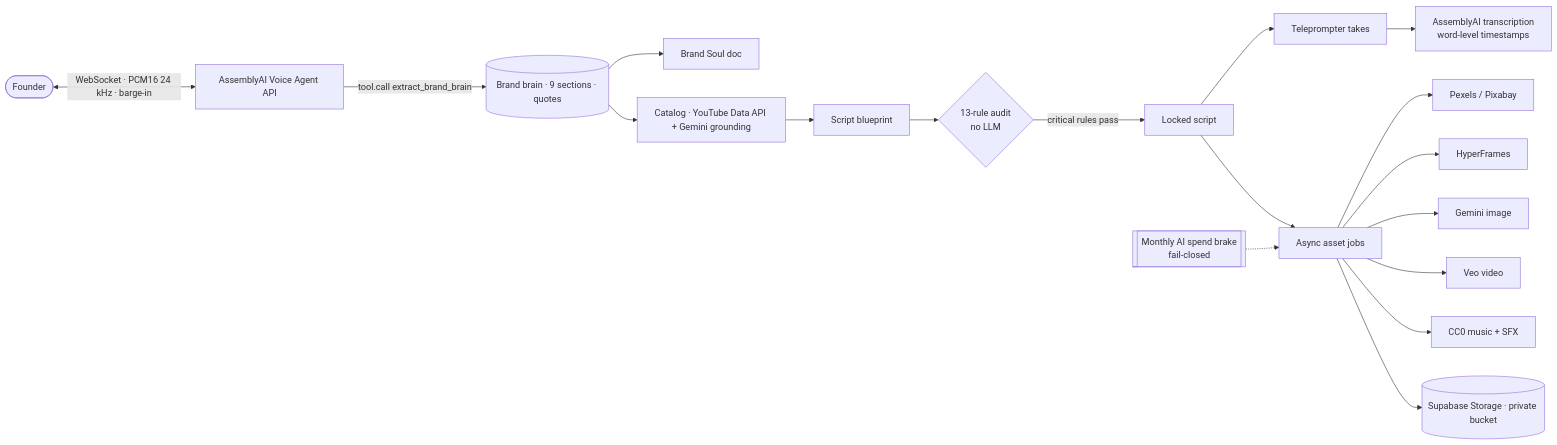
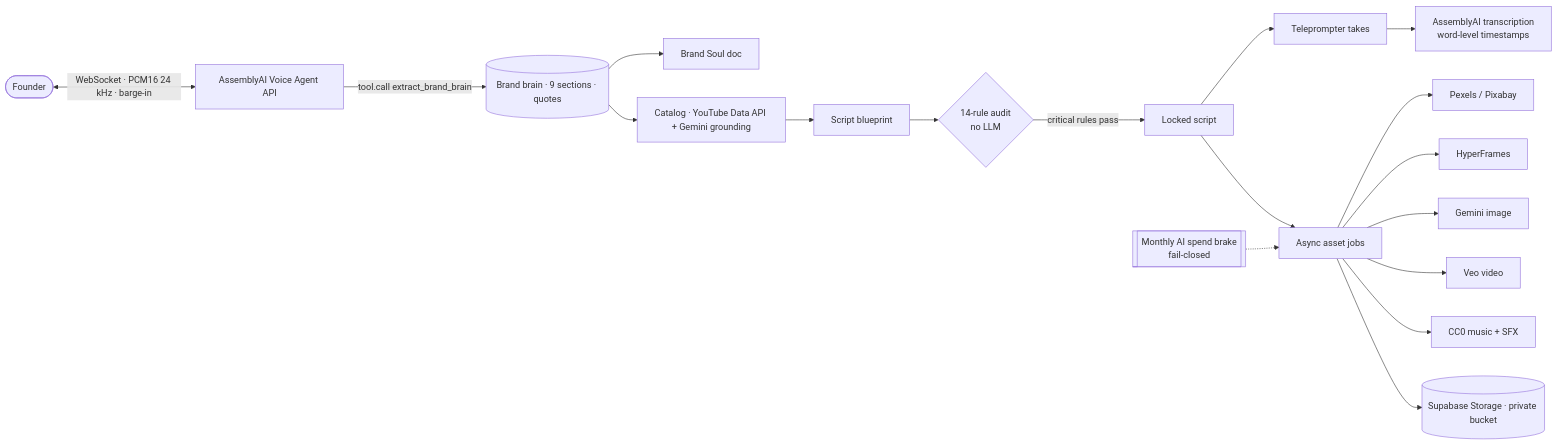
One commit to SingularityOS-AI/brand-studio-agent changed the diagram in README.md. Above: the diagram before and after it, drawn with Mermaid. The commit also changed other lines of this file and 6 other files, not shown here.

````diff
--- a/README.md
+++ b/README.md
@@ -70,19 +71,19 @@
 ```mermaid
 flowchart LR
     U([Founder]) <-->|WebSocket · PCM16 24 kHz · barge-in| VA[AssemblyAI Voice Agent API]
     VA -->|tool.call extract_brand_brain| BB[(Brand brain · 9 sections · quotes)]
     BB --> SOUL[Brand Soul doc]
     BB --> CAT[Catalog · YouTube Data API + Gemini grounding]
     CAT --> SCR[Script blueprint]
-    SCR --> AUD{13-rule audit<br/>no LLM}
+    SCR --> AUD{14-rule audit<br/>no LLM}
     AUD -->|critical rules pass| LOCK[Locked script]
     LOCK --> REC[Teleprompter takes] --> STT[AssemblyAI transcription<br/>word-level timestamps]
     LOCK --> JOBS[Async asset jobs]
     JOBS --> STK[Pexels / Pixabay]
     JOBS --> MG[HyperFrames]
     JOBS --> IMG[Gemini image]
     JOBS --> VEO[Veo video]
     JOBS --> MUS[CC0 music + SFX]
     GUARD[[Monthly AI spend brake<br/>fail-closed]] -.-> JOBS
     JOBS --> ST[(Supabase Storage · private bucket)]
 ```
````
